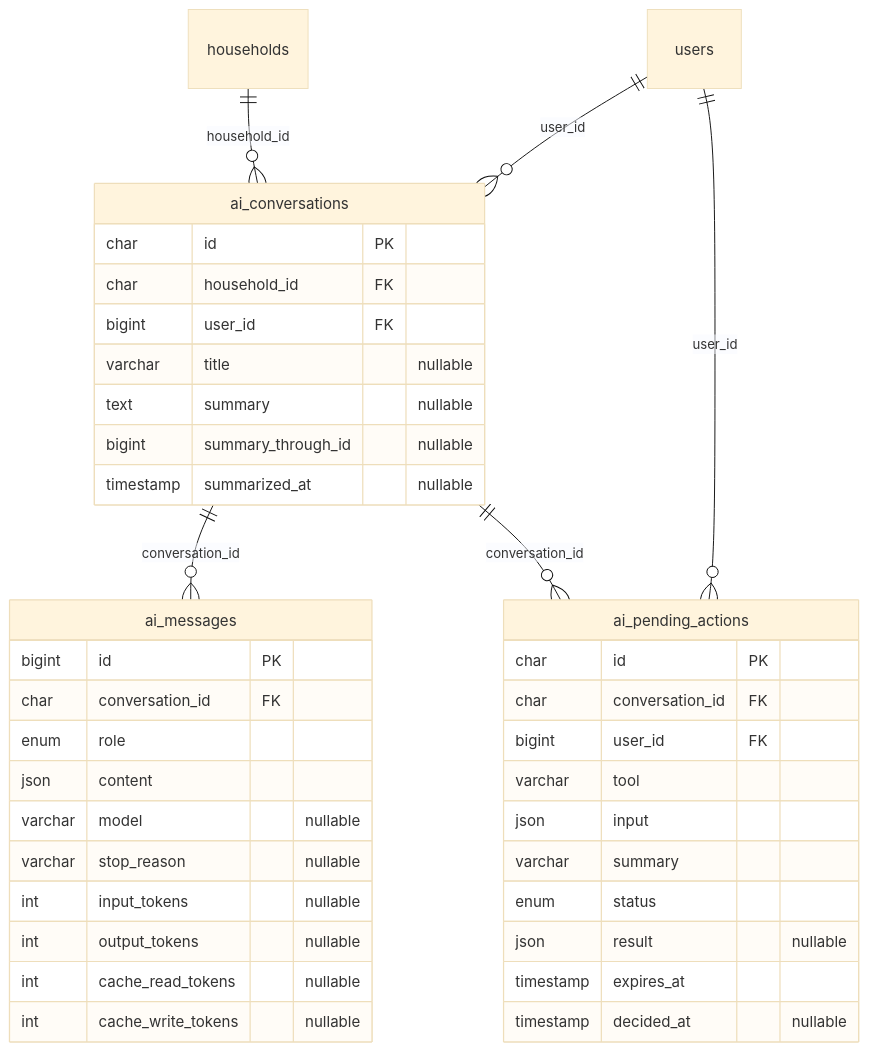
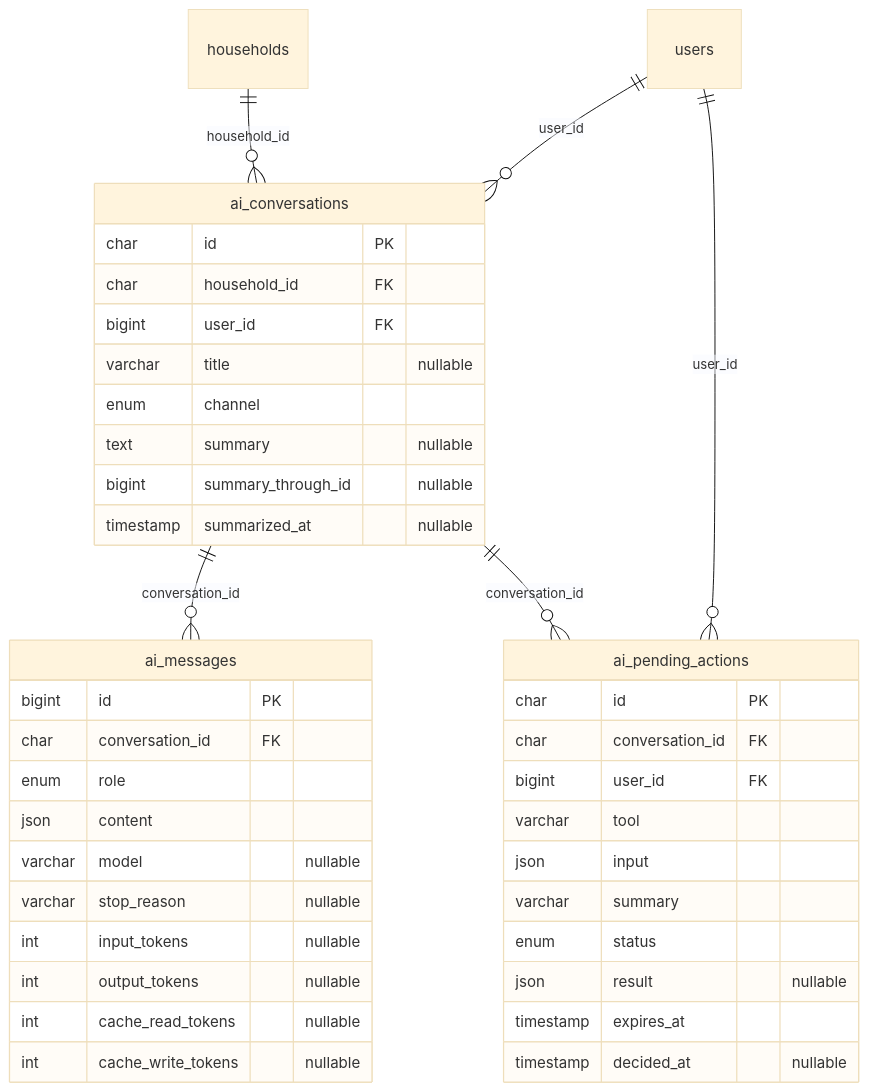
Before and after one commit to kgiannopoulou/home-helper-api: the ninth of 11 diagrams in docs/database.md, drawn with Mermaid (base theme). The commit also changed other lines of this file and 10 other files, not shown here.

````diff
--- a/docs/database.md
+++ b/docs/database.md
@@ -488,41 +489,42 @@
 ```mermaid
 erDiagram
     ai_conversations {
         char id PK
         char household_id FK
         bigint user_id FK
         varchar title "nullable"
+        enum channel
         text summary "nullable"
         bigint summary_through_id "nullable"
         timestamp summarized_at "nullable"
     }
     ai_messages {
         bigint id PK
         char conversation_id FK
         enum role
         json content
         varchar model "nullable"
         varchar stop_reason "nullable"
         int input_tokens "nullable"
         int output_tokens "nullable"
         int cache_read_tokens "nullable"
         int cache_write_tokens "nullable"
     }
     ai_pending_actions {
         char id PK
         char conversation_id FK
         bigint user_id FK
         varchar tool
         json input
         varchar summary
         enum status
         json result "nullable"
         timestamp expires_at
         timestamp decided_at "nullable"
     }
     households ||--o{ ai_conversations : "household_id"
     users ||--o{ ai_conversations : "user_id"
     ai_conversations ||--o{ ai_messages : "conversation_id"
     ai_conversations ||--o{ ai_pending_actions : "conversation_id"
     users ||--o{ ai_pending_actions : "user_id"
 ```
````
